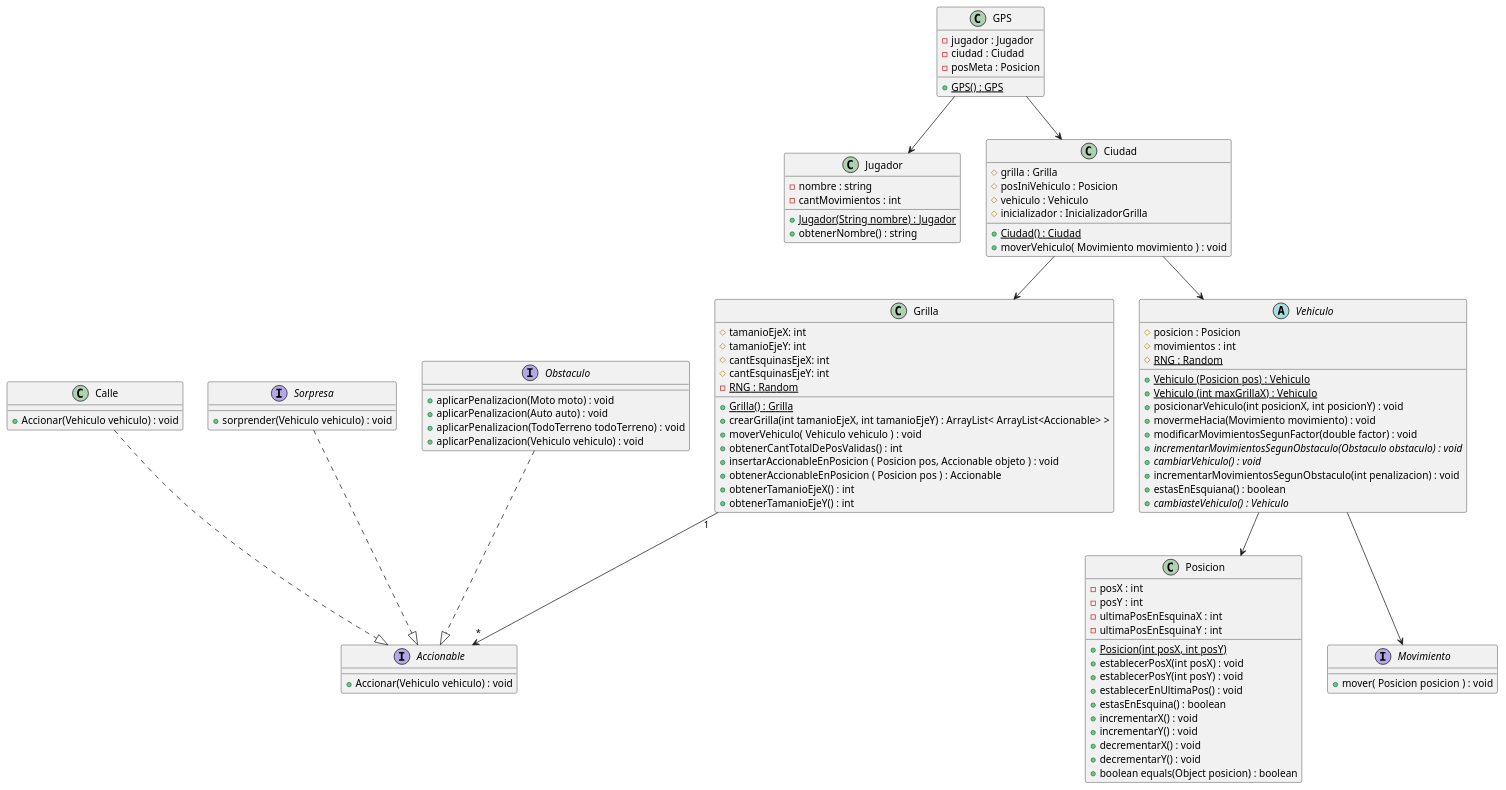
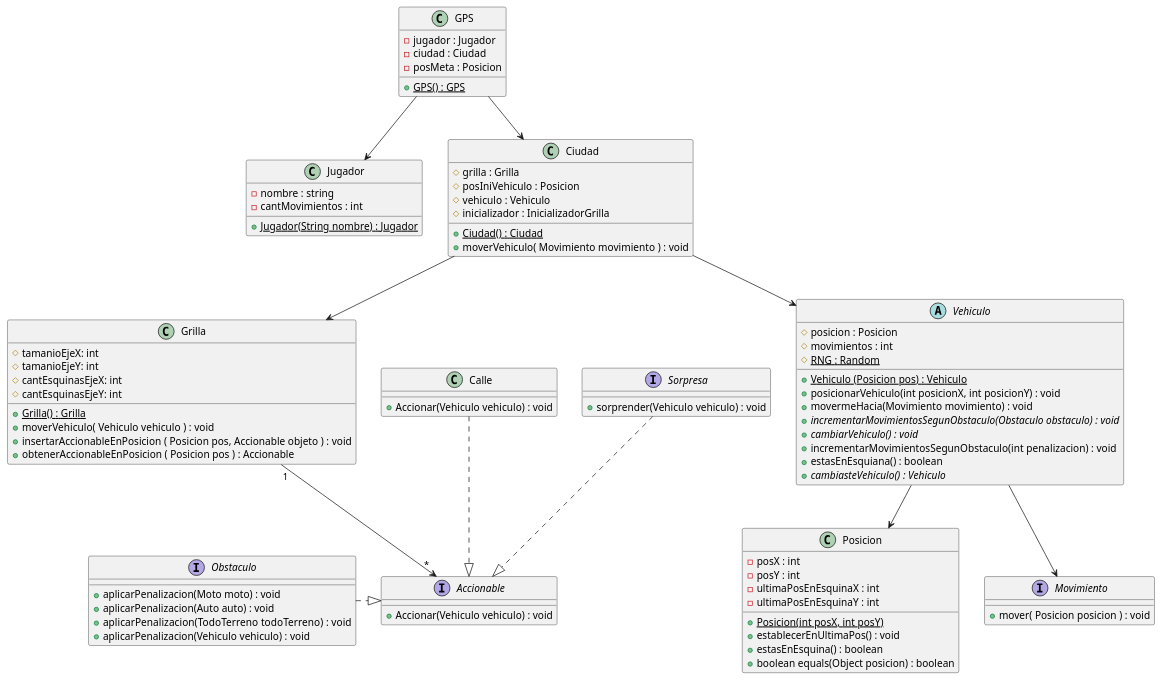
Before and after one commit to kikiymini/algo3_tp2: the diagram in Entrega2/DiagramaDeClases/DiagramaDeClases.puml, drawn with PlantUML.

Commit message:
cambios Uml

```diff
--- a/Entrega2/DiagramaDeClases/DiagramaDeClases.puml
+++ b/Entrega2/DiagramaDeClases/DiagramaDeClases.puml
@@ -1,123 +1,108 @@
 @startuml
     'https://plantuml.com/class-diagram
 
     class Grilla{
         # tamanioEjeX: int
         # tamanioEjeY: int
         # cantEsquinasEjeX: int
         # cantEsquinasEjeY: int
-        - {static} RNG : Random
 
         + {static} Grilla() : Grilla
-        + crearGrilla(int tamanioEjeX, int tamanioEjeY) : ArrayList< ArrayList<Accionable> >
         + moverVehiculo( Vehiculo vehiculo ) : void
-        + obtenerCantTotalDePosValidas() : int
         + insertarAccionableEnPosicion ( Posicion pos, Accionable objeto ) : void
         + obtenerAccionableEnPosicion ( Posicion pos ) : Accionable
-        + obtenerTamanioEjeX() : int
-        + obtenerTamanioEjeY() : int
-
     }
 
     class GPS {
         - jugador : Jugador
         - ciudad : Ciudad
         - posMeta : Posicion
         + {static} GPS() : GPS
     }
 
     class Jugador{
         - nombre : string
         - cantMovimientos : int
         + {static} Jugador(String nombre) : Jugador
-        + obtenerNombre() : string
     }
 
     abstract Vehiculo{
 
         # posicion : Posicion
         # movimientos : int
         # {static} RNG : Random
 
         + {static} Vehiculo (Posicion pos) : Vehiculo
-        + {static} Vehiculo (int maxGrillaX) : Vehiculo
         + posicionarVehiculo(int posicionX, int posicionY) : void
         + movermeHacia(Movimiento movimiento) : void
-        + modificarMovimientosSegunFactor(double factor) : void
         + {abstract} incrementarMovimientosSegunObstaculo(Obstaculo obstaculo) : void
         + {abstract} cambiarVehiculo() : void
         + incrementarMovimientosSegunObstaculo(int penalizacion) : void
         + estasEnEsquiana() : boolean
         + {abstract} cambiasteVehiculo() : Vehiculo
     }
 
     interface Accionable{
         + Accionar(Vehiculo vehiculo) : void
     }
 
     class Calle{
         + Accionar(Vehiculo vehiculo) : void
     }
 
     class Ciudad{
         # grilla : Grilla
         # posIniVehiculo : Posicion
         # vehiculo : Vehiculo
         # inicializador : InicializadorGrilla
         + {static} Ciudad() : Ciudad
         + moverVehiculo( Movimiento movimiento ) : void
     }
 
     class Posicion{
         - posX : int
         - posY : int
         - ultimaPosEnEsquinaX : int
         - ultimaPosEnEsquinaY : int
 
         + {static} Posicion(int posX, int posY)
-        + establecerPosX(int posX) : void
-        + establecerPosY(int posY) : void
         + establecerEnUltimaPos() : void
         + estasEnEsquina() : boolean
-        + incrementarX() : void
-        + incrementarY() : void
-        + decrementarX() : void
-        + decrementarY() : void
         + boolean equals(Object posicion) : boolean
     }
 
     interface Sorpresa{
         + sorprender(Vehiculo vehiculo) : void
     }
 
 
     interface Obstaculo{
         + aplicarPenalizacion(Moto moto) : void
         + aplicarPenalizacion(Auto auto) : void
         + aplicarPenalizacion(TodoTerreno todoTerreno) : void
         + aplicarPenalizacion(Vehiculo vehiculo) : void
     }
 
 
     GPS --> Jugador
     GPS --> Ciudad
     Vehiculo --> Posicion
 
     Grilla "1" --> "*" Accionable
     Ciudad --> Vehiculo
     Ciudad --> Grilla
 
 
     Sorpresa ..|> Accionable
-    Obstaculo ..|> Accionable
+    Obstaculo .|> Accionable
 
     Calle ..|> Accionable
 
     interface Movimiento{
         +mover( Posicion posicion ) : void
     }
 
 
     Vehiculo --> Movimiento
 
 @enduml
```
